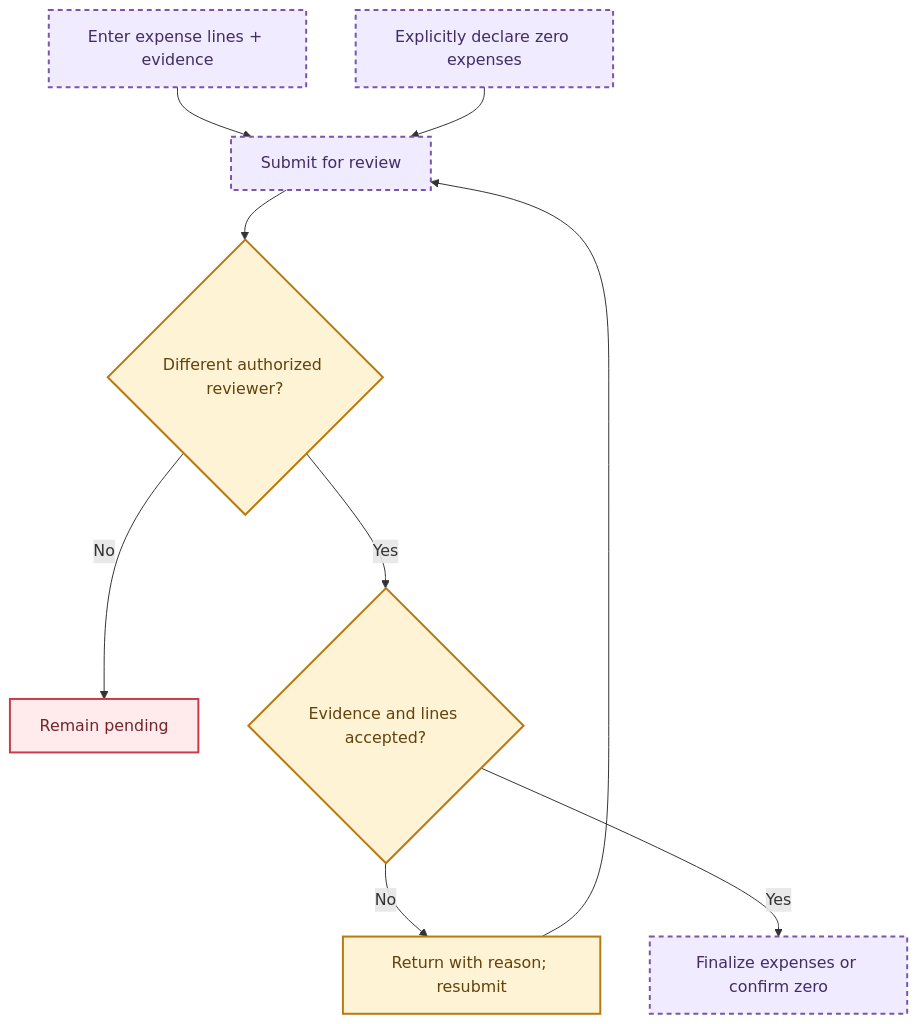
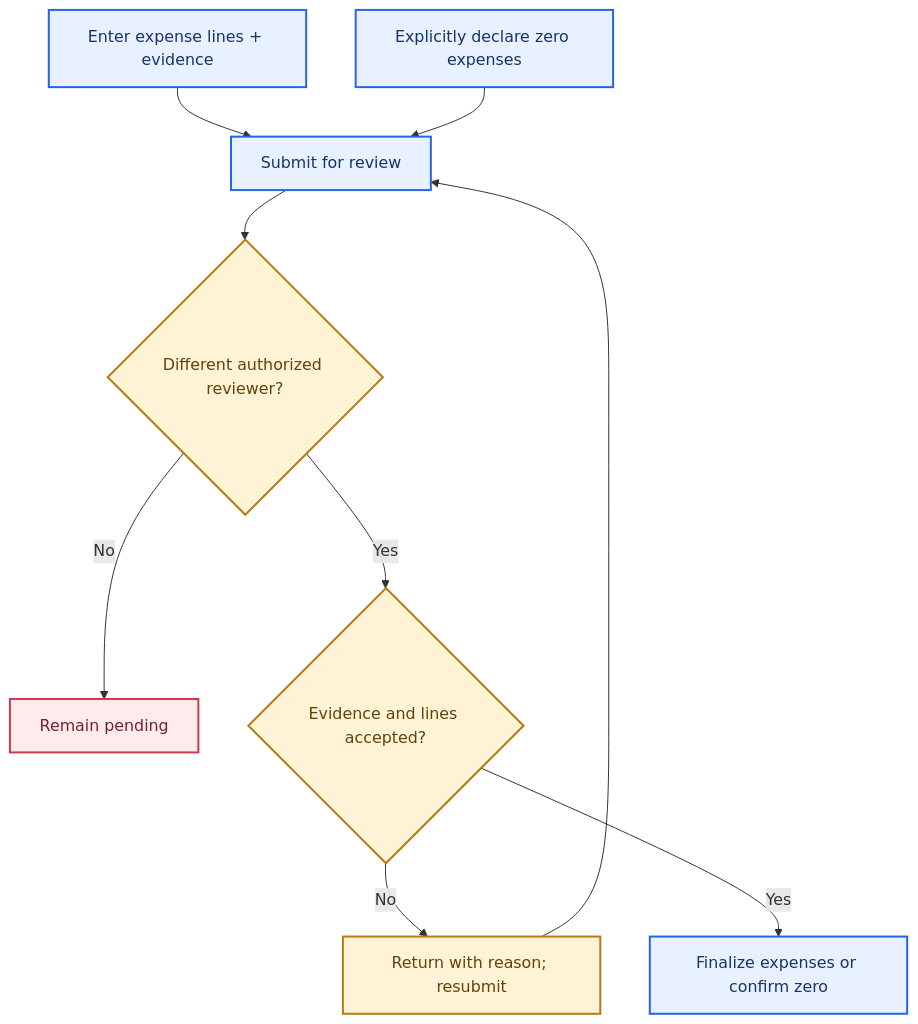
The second of 6 diagrams in docs/decisions/financial-policies.md (DanielVilla1/BM_Enterprises_Integration), drawn with Mermaid before and after one commit. The commit also changed other lines of this file and 104 other files, not shown here.

````diff
--- a/docs/decisions/financial-policies.md
+++ b/docs/decisions/financial-policies.md
@@ -56,16 +72,16 @@
 ```mermaid
 flowchart TB
     accTitle: Expenses need an independent review
     accDescr: A submitted expense set or explicit zero claim is reviewed by someone other than its enterer.
-    draft["Enter expense lines + evidence"]:::planned --> submit["Submit for review"]:::planned
-    zero["Explicitly declare zero expenses"]:::planned --> submit
+    draft["Enter expense lines + evidence"]:::action --> submit["Submit for review"]:::action
+    zero["Explicitly declare zero expenses"]:::action --> submit
     submit --> independent{"Different authorized reviewer?"}:::wait
     independent -->|No| hold["Remain pending"]:::stop
     independent -->|Yes| check{"Evidence and lines accepted?"}:::wait
     check -->|No| revise["Return with reason; resubmit"]:::wait
     revise --> submit
-    check -->|Yes| final["Finalize expenses or confirm zero"]:::planned
+    check -->|Yes| final["Finalize expenses or confirm zero"]:::action
     classDef wait fill:#fff3d6,stroke:#b77910,color:#62420d,stroke-width:2px
     classDef stop fill:#ffebec,stroke:#c93b49,color:#72232c,stroke-width:2px
-    classDef planned fill:#f0ebff,stroke:#7856ad,color:#412c65,stroke-width:2px,stroke-dasharray:5 4
+    classDef action fill:#e8f1ff,stroke:#2563eb,color:#163566,stroke-width:2px
 ```
````
